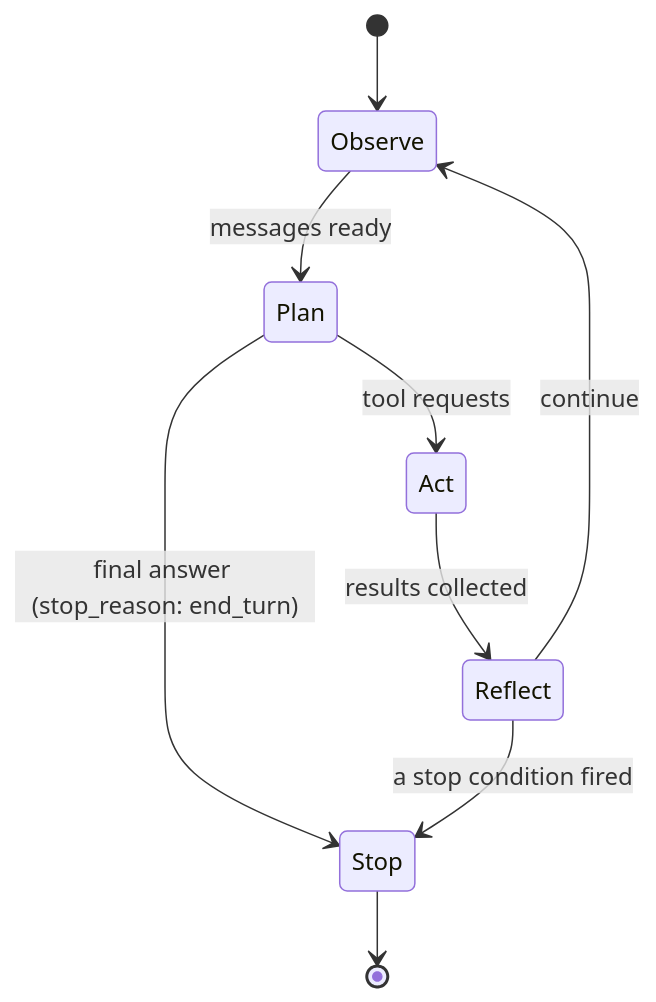
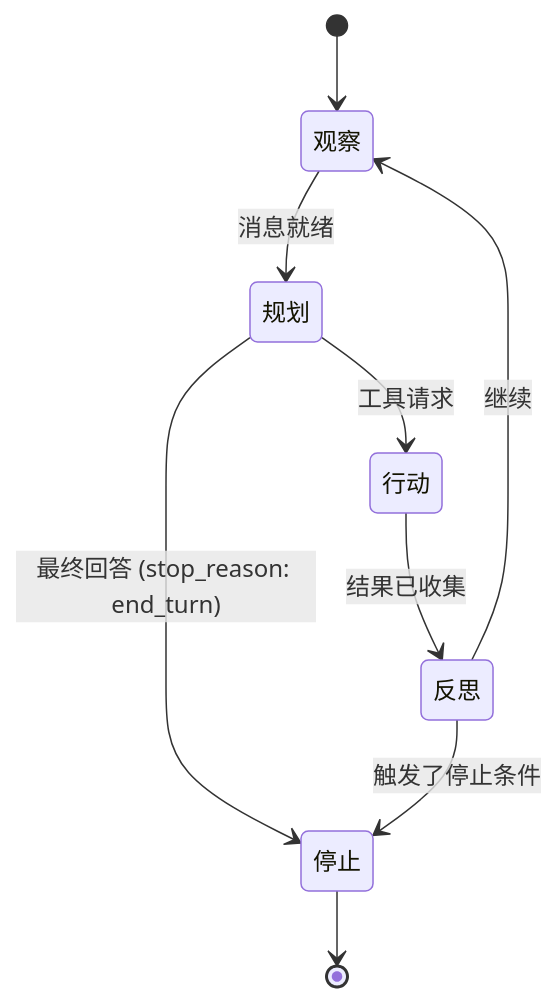
The first of 2 diagrams in course-zh/02-the-agent-loop.md (ocxers/agentic-ai-system-course-zh), drawn with Mermaid before and after one commit. The commit also changed other lines of this file and 14 other files, not shown here.

````diff
--- a/course-zh/02-the-agent-loop.md
+++ b/course-zh/02-the-agent-loop.md
@@ -37,11 +37,16 @@
 ```mermaid
 stateDiagram-v2
+    state "观察" as Observe
+    state "规划" as Plan
+    state "行动" as Act
+    state "反思" as Reflect
+    state "停止" as Stop
     [*] --> Observe
-    Observe --> Plan : messages ready
-    Plan --> Act : tool requests
-    Plan --> Stop : final answer (stop_reason: end_turn)
-    Act --> Reflect : results collected
-    Reflect --> Stop : a stop condition fired
-    Reflect --> Observe : continue
+    Observe --> Plan : 消息就绪
+    Plan --> Act : 工具请求
+    Plan --> Stop : 最终回答 (stop_reason: end_turn)
+    Act --> Reflect : 结果已收集
+    Reflect --> Stop : 触发了停止条件
+    Reflect --> Observe : 继续
     Stop --> [*]
 ```
````
